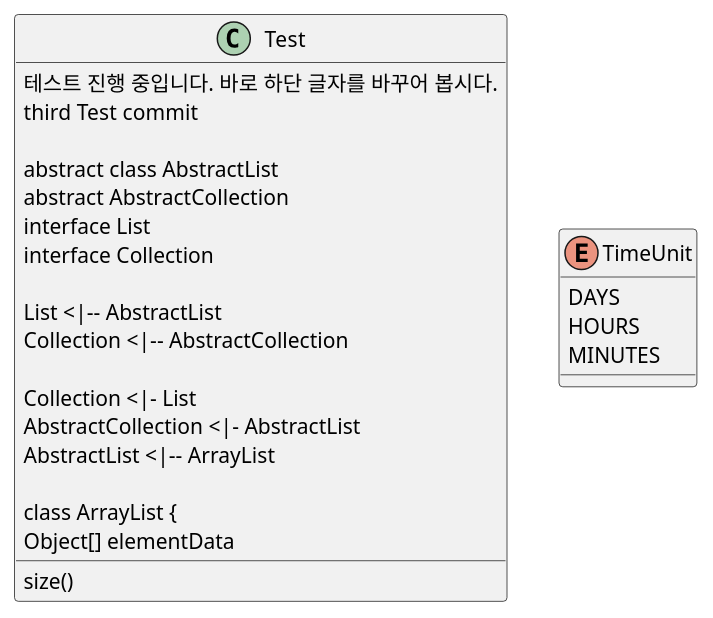
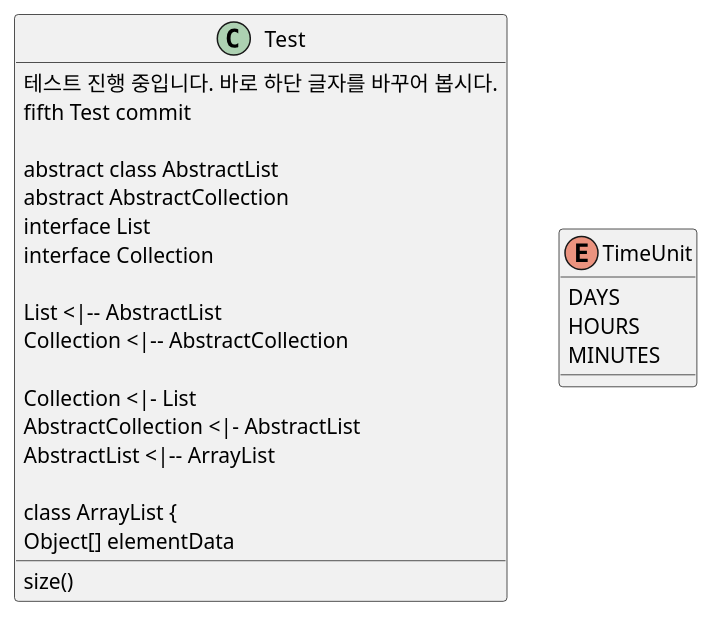
One commit to PTUnique/PTUniqueTeam2 changed the diagram in architecture.puml. Above: the diagram before and after it, drawn with PlantUML.

Commit message:
수정:: architecture.puml third -> fifth

```diff
--- a/architecture.puml
+++ b/architecture.puml
@@ -1,30 +1,30 @@
 @startuml
 
 class Test{
 테스트 진행 중입니다. 바로 하단 글자를 바꾸어 봅시다.
-third Test commit
+fifth Test commit
 
 abstract class AbstractList
 abstract AbstractCollection
 interface List
 interface Collection
 
 List <|-- AbstractList
 Collection <|-- AbstractCollection
 
 Collection <|- List
 AbstractCollection <|- AbstractList
 AbstractList <|-- ArrayList
 
 class ArrayList {
 Object[] elementData
 size()
 }
 
 enum TimeUnit {
 DAYS
 HOURS
 MINUTES
 }
 
 @enduml
```
